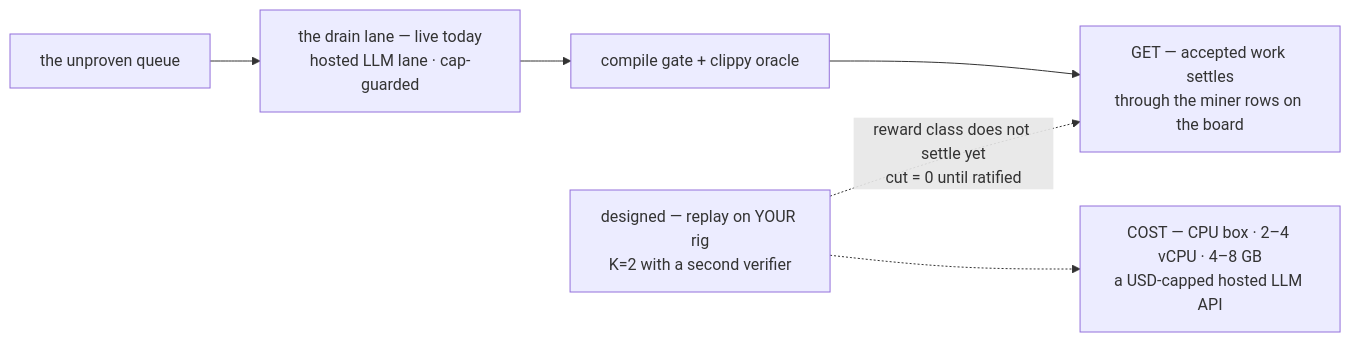
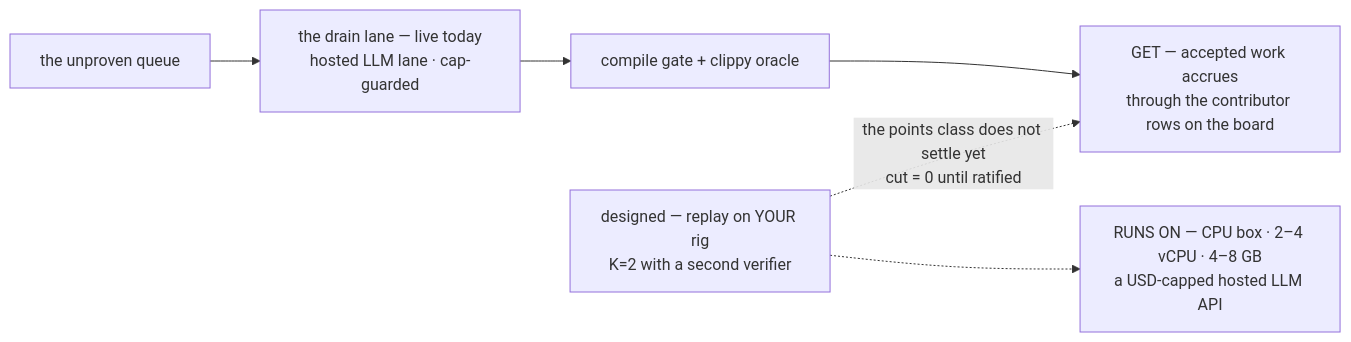
The third of 4 diagrams in .docs/01_orientation/role_flows.md (riir-ai/riir-refine), drawn with Mermaid before and after one commit. The commit also changed other lines of this file and 17 other files, not shown here.

````diff
--- a/.docs/01_orientation/role_flows.md
+++ b/.docs/01_orientation/role_flows.md
@@ -215,8 +202,8 @@
 ```mermaid
 flowchart LR
     QUEUE["the unproven queue"] --> DRAIN["the drain lane — live today<br/>hosted LLM lane · cap-guarded"]
     DRAIN --> VERIFY["compile gate + clippy oracle"]
-    VERIFY --> SETTLE["GET — accepted work settles<br/>through the miner rows on the board"]
-    REPLAY["designed — replay on YOUR rig<br/>K=2 with a second verifier"] -.->|"reward class does not settle yet<br/>cut = 0 until ratified"| SETTLE
-    REPLAY -.-> COST["COST — CPU box · 2–4 vCPU · 4–8 GB<br/>a USD-capped hosted LLM API"]
+    VERIFY --> SETTLE["GET — accepted work accrues<br/>through the contributor rows on the board"]
+    REPLAY["designed — replay on YOUR rig<br/>K=2 with a second verifier"] -.->|"the points class does not settle yet<br/>cut = 0 until ratified"| SETTLE
+    REPLAY -.-> COST["RUNS ON — CPU box · 2–4 vCPU · 4–8 GB<br/>a USD-capped hosted LLM API"]
 ```
````
